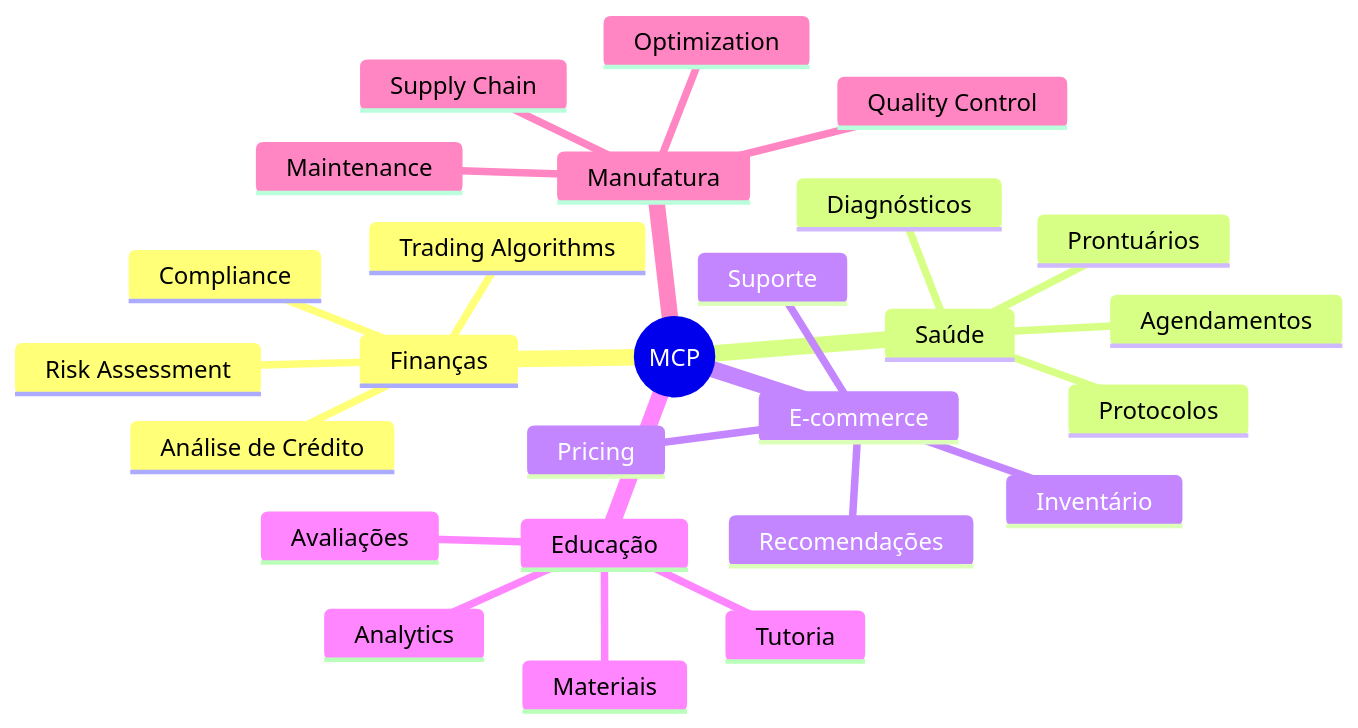
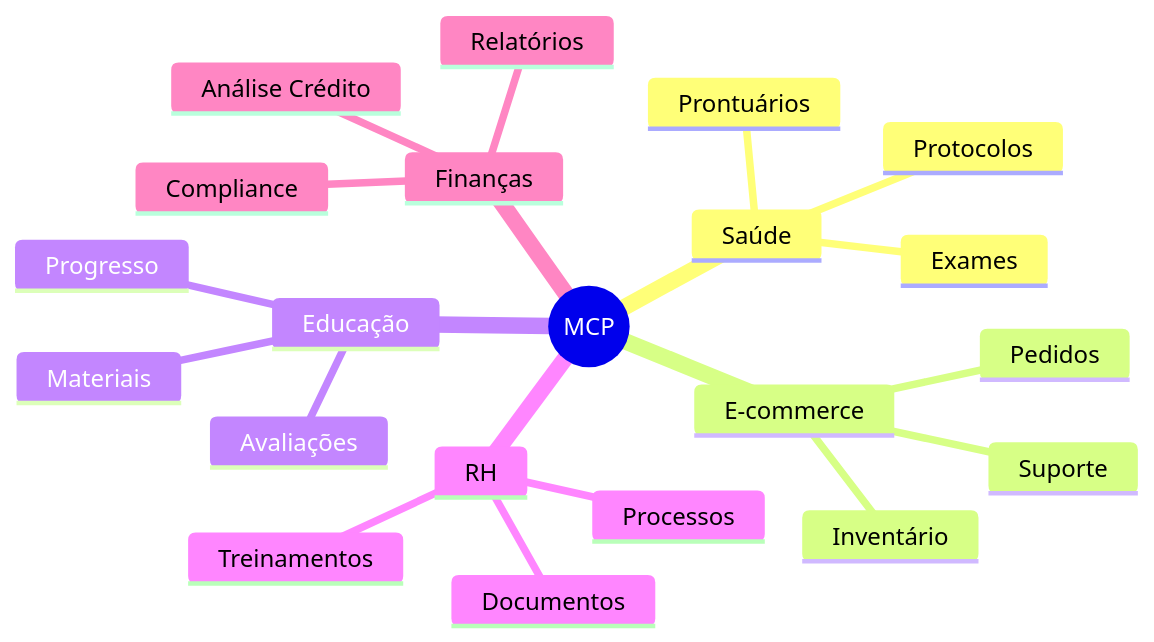
Before and after one commit to felipepimentel/my-public-notes: diagram 16 of 19 in AI/Comunicação/MCP/00-mcp-presentation-zero to hero.md, drawn with Mermaid. The commit also changed other lines of this file, not shown here.

````diff
--- a/AI/Comunicação/MCP/00-mcp-presentation-zero to hero.md
+++ b/AI/Comunicação/MCP/00-mcp-presentation-zero to hero.md
@@ -617,29 +371,24 @@
 ```mermaid
 mindmap
   root((MCP))
-    Finanças
-      Análise de Crédito
-      Compliance
-      Trading Algorithms
-      Risk Assessment
     Saúde
       Prontuários
-      Diagnósticos
+      Exames
       Protocolos
-      Agendamentos
     E-commerce
       Inventário
-      Recomendações
+      Pedidos
       Suporte
-      Pricing
     Educação
       Materiais
       Avaliações
-      Tutoria
-      Analytics
-    Manufatura
-      Supply Chain
-      Quality Control
-      Maintenance
-      Optimization
+      Progresso
+    RH
+      Documentos
+      Processos
+      Treinamentos
+    Finanças
+      Análise Crédito
+      Compliance
+      Relatórios
 ```
````
